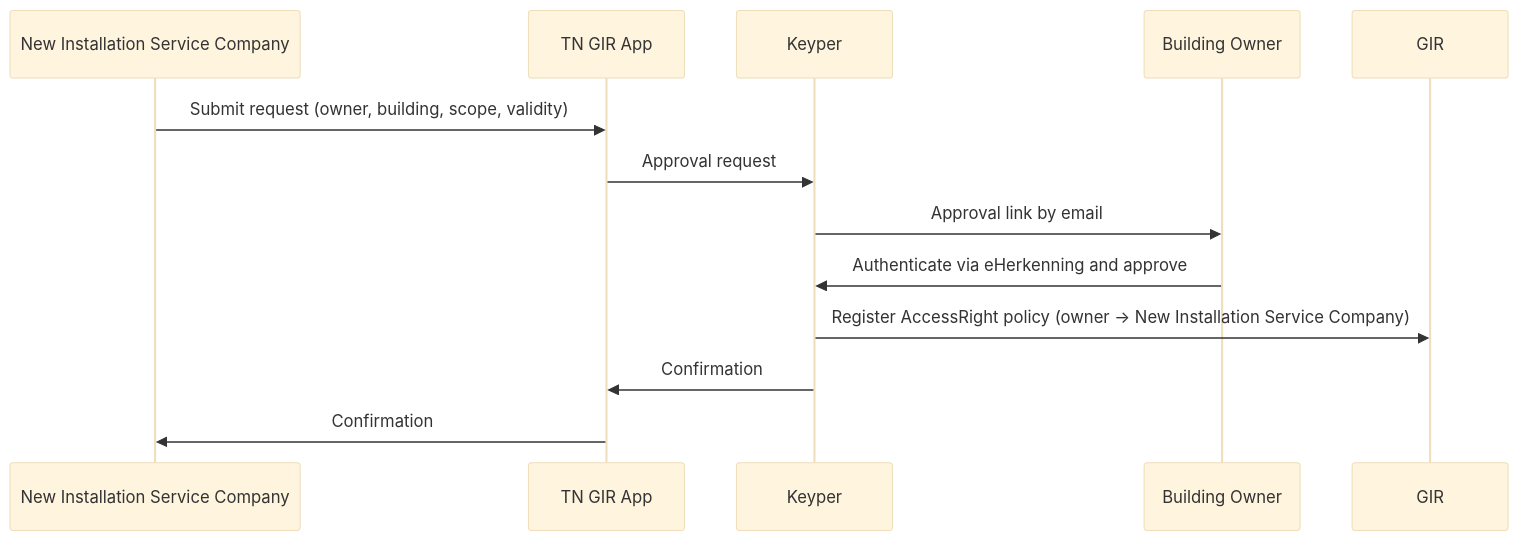
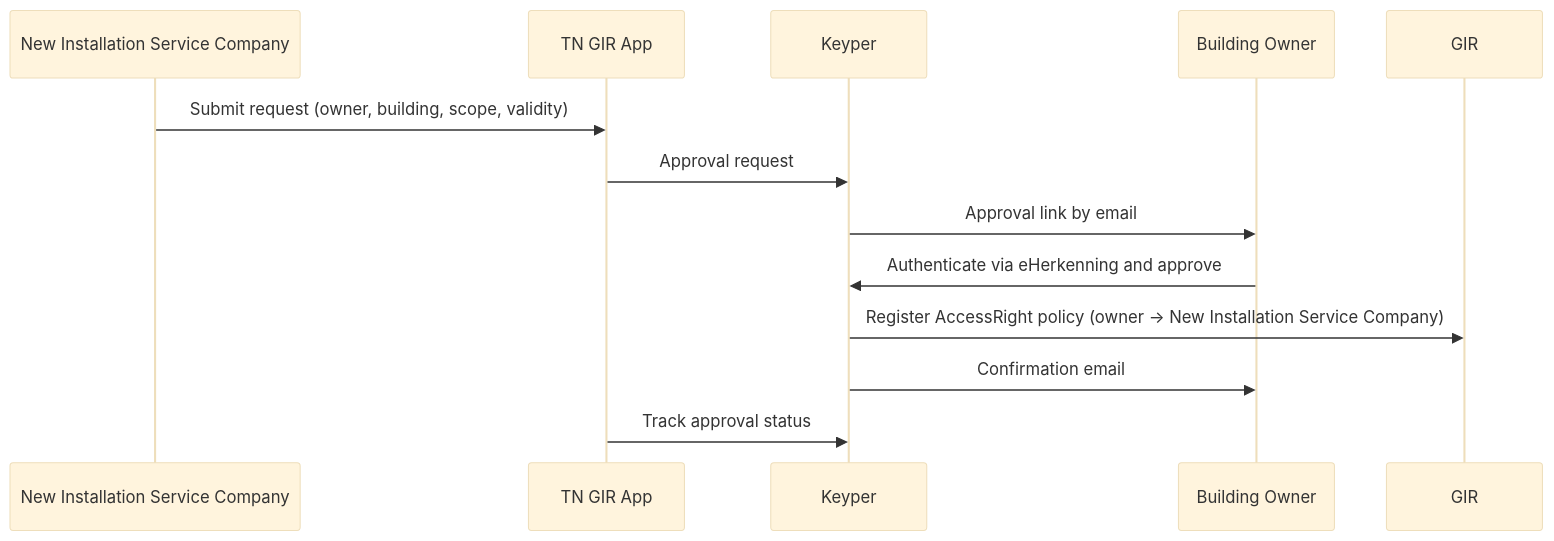
The diagram in gir/digitaal-onderhoudsboekje-owner-authorization.md (POORT8/Poort8.Docs), drawn with Mermaid (base theme) before and after one commit. The commit also changed other lines of this file and 35 other files, not shown here.

````diff
--- a/gir/digitaal-onderhoudsboekje-owner-authorization.md
+++ b/gir/digitaal-onderhoudsboekje-owner-authorization.md
@@ -17,15 +17,15 @@
 ```mermaid
 sequenceDiagram
     participant new_installer as New Installation Service Company
     participant app as TN GIR App
     participant keyper as Keyper
     participant owner as Building Owner
     participant gir as GIR
     new_installer->>app: Submit request (owner, building, scope, validity)
     app->>keyper: Approval request
     keyper->>owner: Approval link by email
     owner->>keyper: Authenticate via eHerkenning and approve
     keyper->>gir: Register AccessRight policy (owner → New Installation Service Company)
-    keyper->>app: Confirmation
-    app->>new_installer: Confirmation
+    keyper->>owner: Confirmation email
+    app->>keyper: Track approval status
 ```
````
